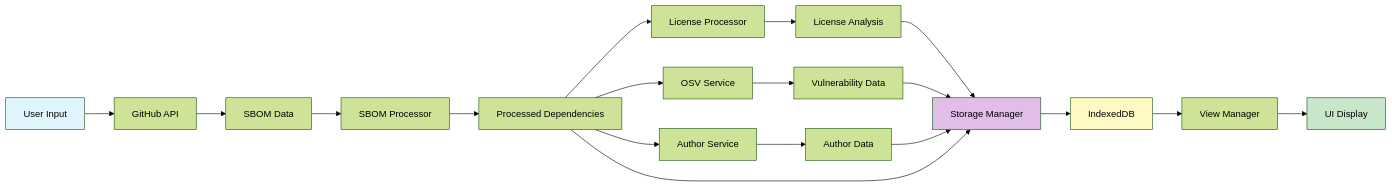
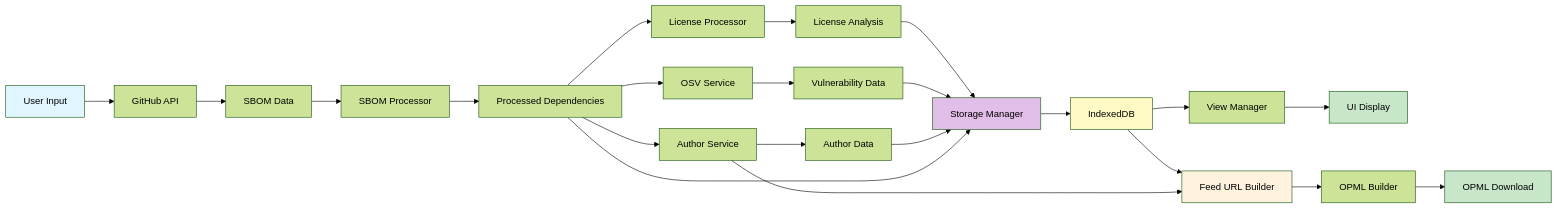
Diagram 13 of 14 in flowchart.md (cyfinoid/sbomplay), drawn with Mermaid (forest theme) before and after one commit. The commit also changed other lines of this file and 16 other files, not shown here.

Commit message:
opml builder

````diff
--- a/flowchart.md
+++ b/flowchart.md
@@ -884,25 +885,31 @@
 ```mermaid
 flowchart LR
     A[User Input] --> B[GitHub API]
     B --> C[SBOM Data]
     C --> D[SBOM Processor]
     D --> E[Processed Dependencies]
     E --> F[License Processor]
     E --> G[OSV Service]
     E --> H[Author Service]
     F --> I[License Analysis]
     G --> J[Vulnerability Data]
     H --> K[Author Data]
     I --> L[Storage Manager]
     J --> L
     K --> L
     E --> L
     L --> M[IndexedDB]
     M --> N[View Manager]
     N --> O[UI Display]
-    
+    M --> FUB[Feed URL Builder]
+    H --> FUB
+    FUB --> OPM[OPML Builder]
+    OPM --> OPF[OPML Download]
+
     style A fill:#e1f5ff
     style O fill:#c8e6c9
     style L fill:#e1bee7
     style M fill:#fff9c4
+    style OPF fill:#c8e6c9
+    style FUB fill:#fff3e0
 ```
````
